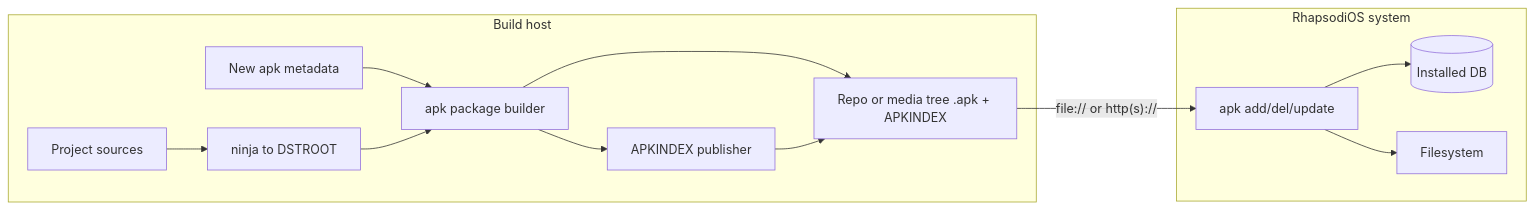
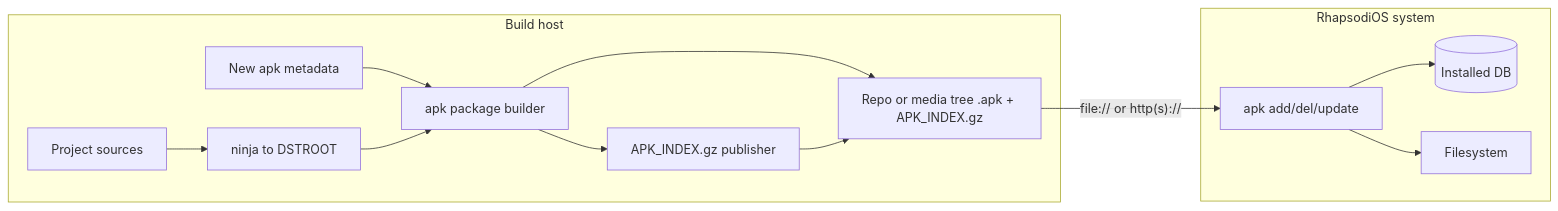
The diagram in docs/superpowers/specs/2026-07-19-apk-package-management-design.md (RhapsodiOS/RhapsodiOS), drawn with Mermaid before and after one commit. The commit also changed other lines of this file and 2 other files, not shown here.

First line of the commit message:
Align apk index name with pre11 APK_INDEX.gz.

````diff
--- a/docs/superpowers/specs/2026-07-19-apk-package-management-design.md
+++ b/docs/superpowers/specs/2026-07-19-apk-package-management-design.md
@@ -57,24 +57,24 @@
 ```mermaid
 flowchart LR
   subgraph build [Build host]
     Src[Project sources]
     Meta[New apk metadata]
     Ninja[ninja to DSTROOT]
     Mkpkg[apk package builder]
-    Idx[APKINDEX publisher]
+    Idx[APK_INDEX.gz publisher]
     Src --> Ninja
     Meta --> Mkpkg
     Ninja --> Mkpkg
-    Mkpkg --> Repo["Repo or media tree .apk + APKINDEX"]
+    Mkpkg --> Repo["Repo or media tree .apk + APK_INDEX.gz"]
     Mkpkg --> Idx
     Idx --> Repo
   end
   subgraph runtime [RhapsodiOS system]
     Apk[apk add/del/update]
     Db[(Installed DB)]
     Root[Filesystem]
     Apk --> Db
     Apk --> Root
   end
   Repo -->|"file:// or http(s)://"| Apk
 ```
````
